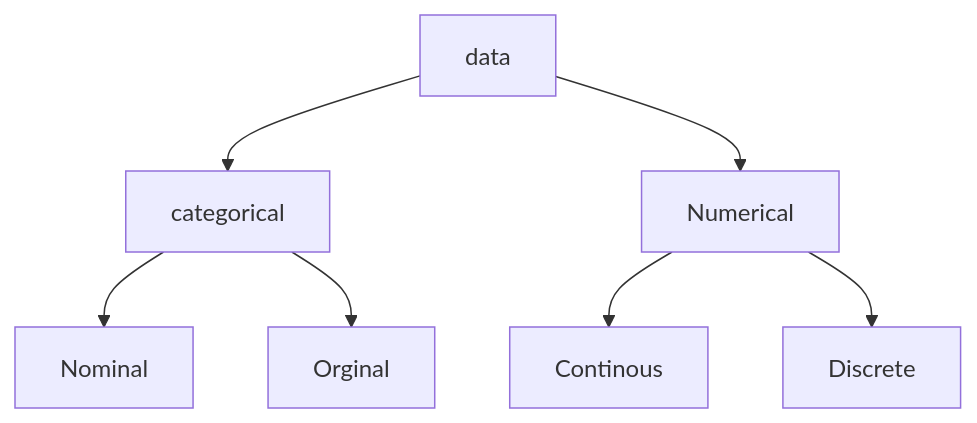
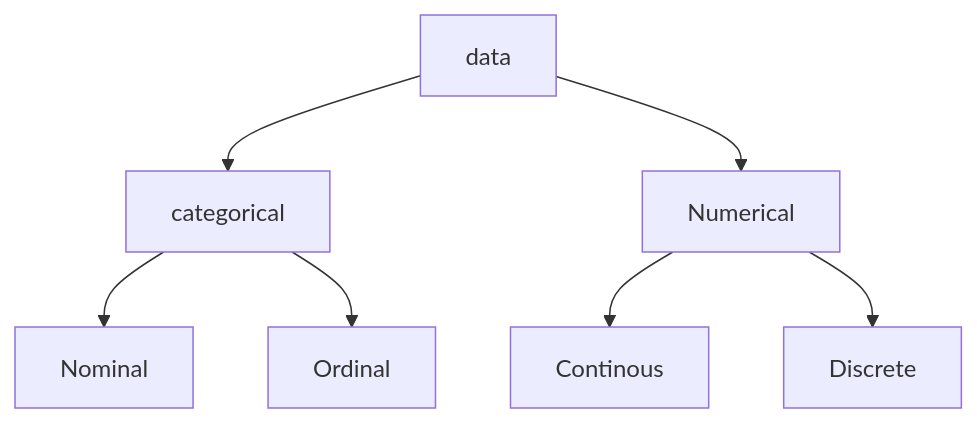
The diagram in Statistics/Untitled.md (Spritan/IIT-M-notes), drawn with Mermaid before and after one commit. The commit also changed other lines of this file, not shown here.

````diff
--- a/Statistics/Untitled.md
+++ b/Statistics/Untitled.md
@@ -109,10 +111,10 @@
 ```mermaid
 graph TD
     A[data] --> B[categorical]
     A --> D[Numerical]
     B--> E[Nominal]
-    B--> F[Orginal]
+    B--> F[Ordinal]
     D--> G[Continous]
     D--> H[Discrete]
 
 ```
````
